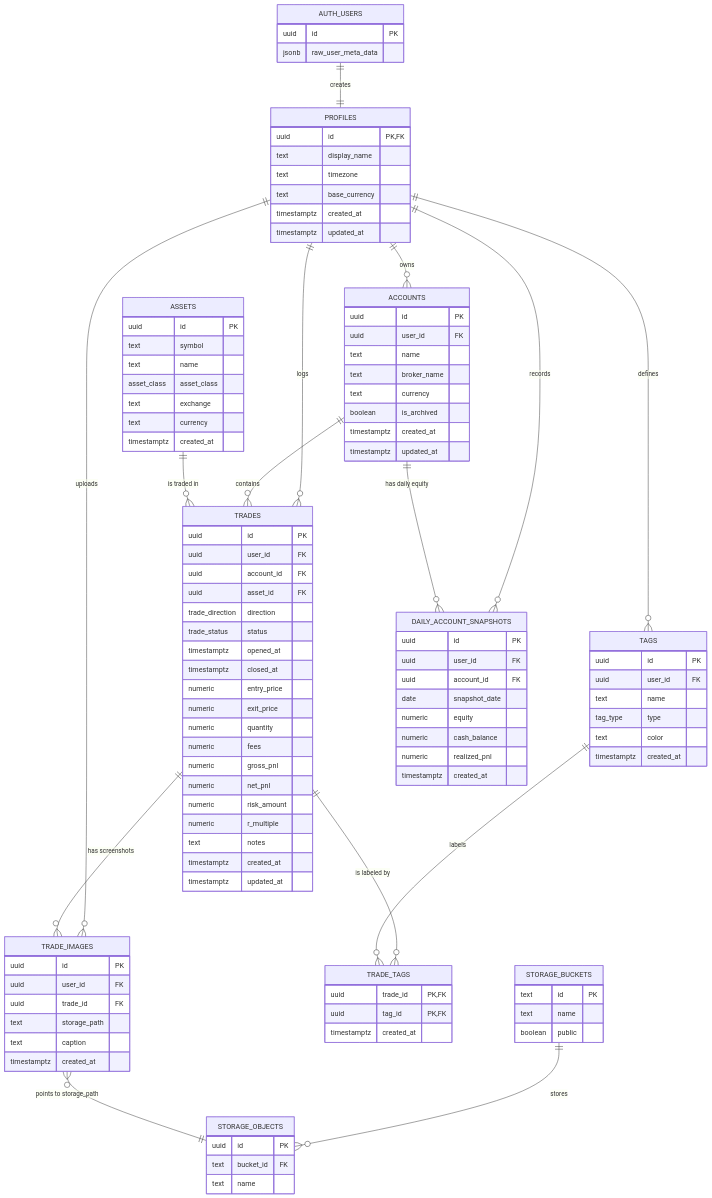
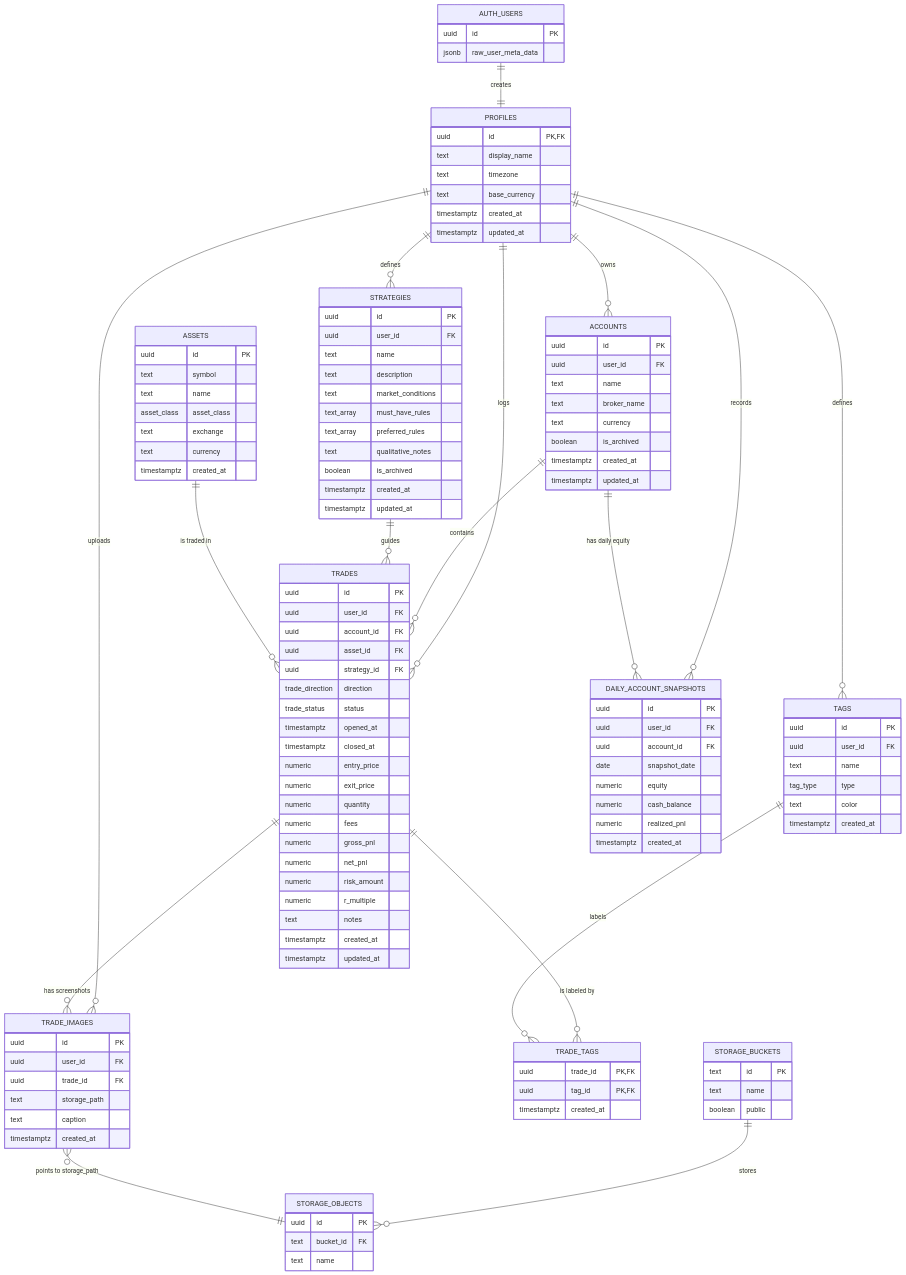
Before and after one commit to sonukumar-ps/polaris: the second of 2 diagrams in docs/backend/erd.md, drawn with Mermaid. The commit also changed other lines of this file and 13 other files, not shown here.

```diff
--- a/docs/backend/erd.md
+++ b/docs/backend/erd.md
@@ -44,12 +46,14 @@
 erDiagram
   AUTH_USERS ||--|| PROFILES : "creates"
   PROFILES ||--o{ ACCOUNTS : "owns"
+  PROFILES ||--o{ STRATEGIES : "defines"
   PROFILES ||--o{ TRADES : "logs"
   PROFILES ||--o{ TAGS : "defines"
   PROFILES ||--o{ TRADE_IMAGES : "uploads"
   PROFILES ||--o{ DAILY_ACCOUNT_SNAPSHOTS : "records"
   ACCOUNTS ||--o{ TRADES : "contains"
   ACCOUNTS ||--o{ DAILY_ACCOUNT_SNAPSHOTS : "has daily equity"
+  STRATEGIES ||--o{ TRADES : "guides"
   ASSETS ||--o{ TRADES : "is traded in"
   TRADES ||--o{ TRADE_TAGS : "is labeled by"
   TAGS ||--o{ TRADE_TAGS : "labels"
@@ -82,6 +86,20 @@
     timestamptz updated_at
   }
 
+  STRATEGIES {
+    uuid id PK
+    uuid user_id FK
+    text name
+    text description
+    text market_conditions
+    text_array must_have_rules
+    text_array preferred_rules
+    text qualitative_notes
+    boolean is_archived
+    timestamptz created_at
+    timestamptz updated_at
+  }
+
   ASSETS {
     uuid id PK
     text symbol
@@ -97,6 +115,7 @@
     uuid user_id FK
     uuid account_id FK
     uuid asset_id FK
+    uuid strategy_id FK
     trade_direction direction
     trade_status status
     timestamptz opened_at
```
